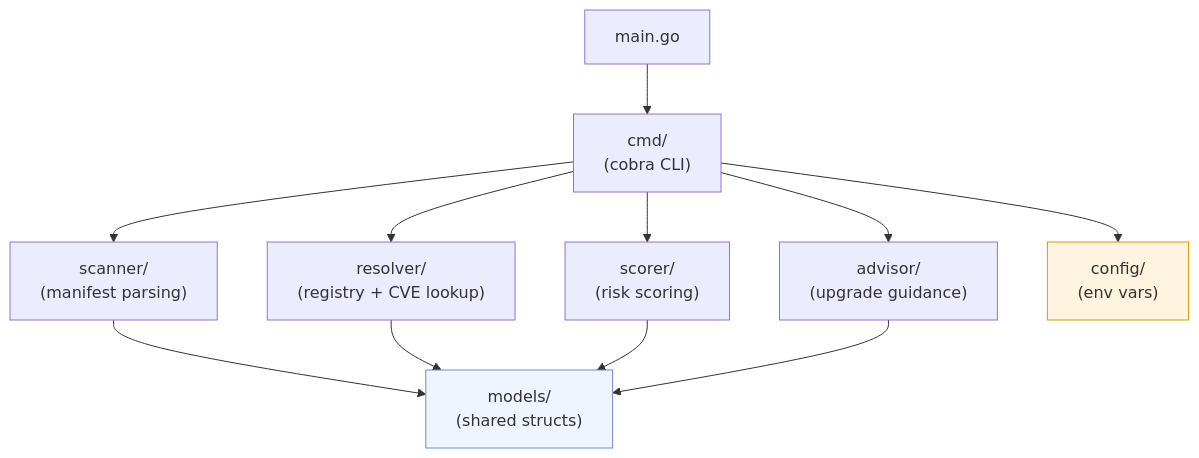
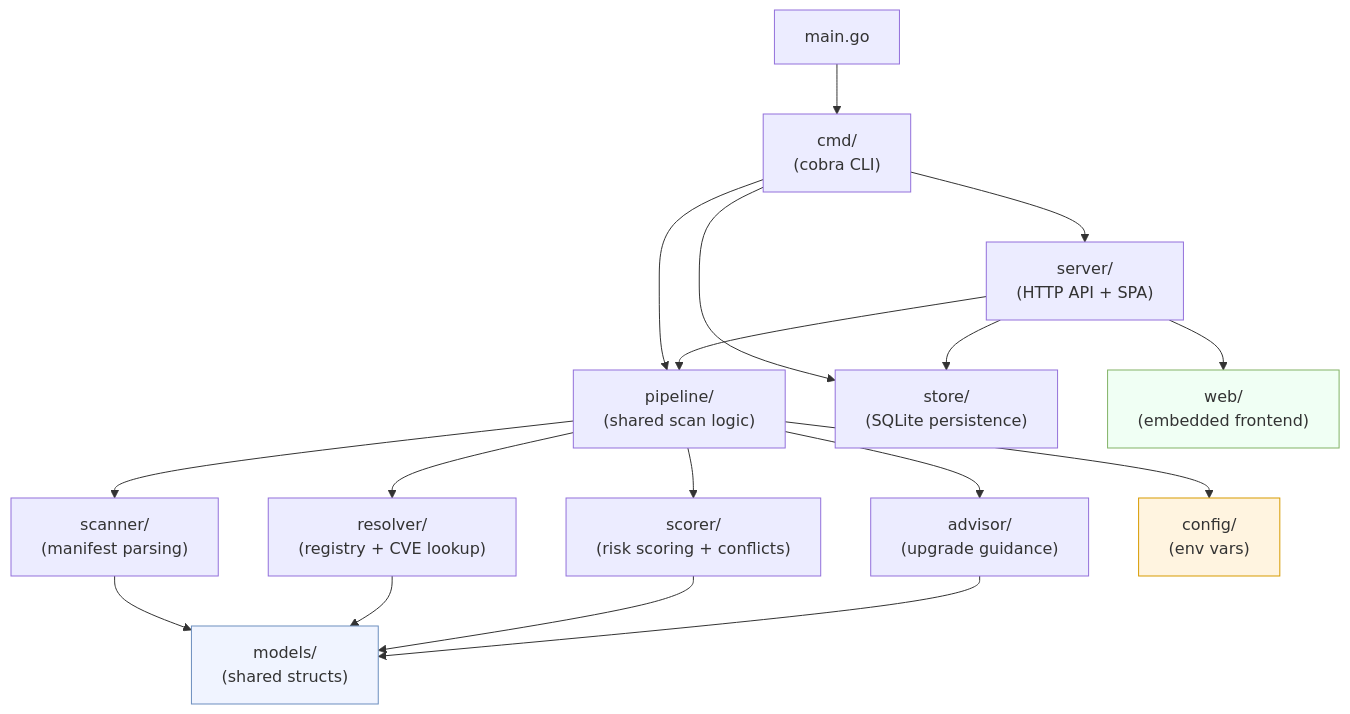
One commit to Holquaria/dep-health changed the first of 17 diagrams in docs/architecture.md. Above: the diagram before and after it, drawn with Mermaid. The commit also changed other lines of this file and 29 other files, not shown here.

````diff
--- a/docs/architecture.md
+++ b/docs/architecture.md
@@ -25,26 +28,39 @@
 ```mermaid
 graph TD
     main["main.go"]
     cmd["cmd/\n(cobra CLI)"]
+    pipeline["pipeline/\n(shared scan logic)"]
     scanner["scanner/\n(manifest parsing)"]
     resolver["resolver/\n(registry + CVE lookup)"]
-    scorer["scorer/\n(risk scoring)"]
+    scorer["scorer/\n(risk scoring + conflicts)"]
     advisor["advisor/\n(upgrade guidance)"]
+    store["store/\n(SQLite persistence)"]
+    server["server/\n(HTTP API + SPA)"]
+    web["web/\n(embedded frontend)"]
     models["models/\n(shared structs)"]
     config["config/\n(env vars)"]
 
     main --> cmd
-    cmd --> scanner
-    cmd --> resolver
-    cmd --> scorer
-    cmd --> advisor
-    cmd --> config
+    cmd --> pipeline
+    cmd --> server
+    cmd --> store
+
+    pipeline --> scanner
+    pipeline --> resolver
+    pipeline --> scorer
+    pipeline --> advisor
+    pipeline --> config
+
+    server --> pipeline
+    server --> store
+    server --> web
 
     scanner --> models
     resolver --> models
     scorer --> models
     advisor --> models
 
     style models fill:#f0f4ff,stroke:#6c8ebf
     style config fill:#fff4e0,stroke:#d79b00
+    style web fill:#f0fff4,stroke:#82b366
 ```
````
